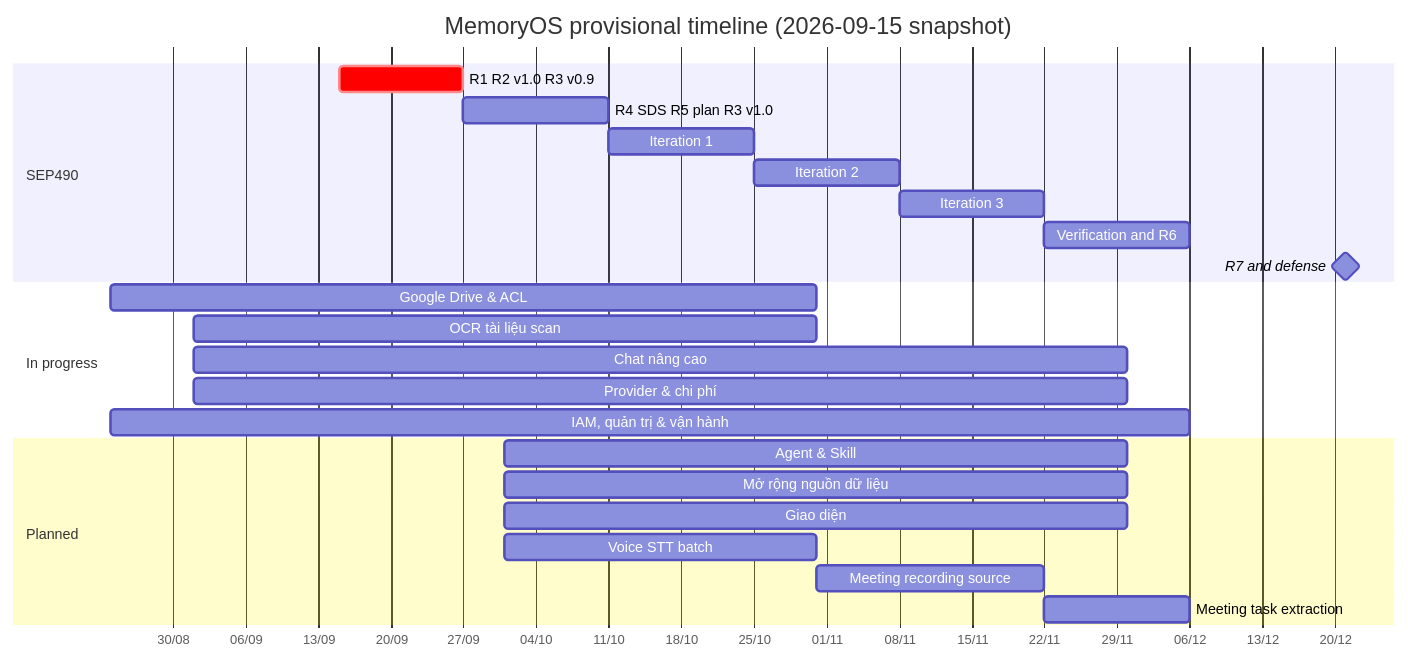
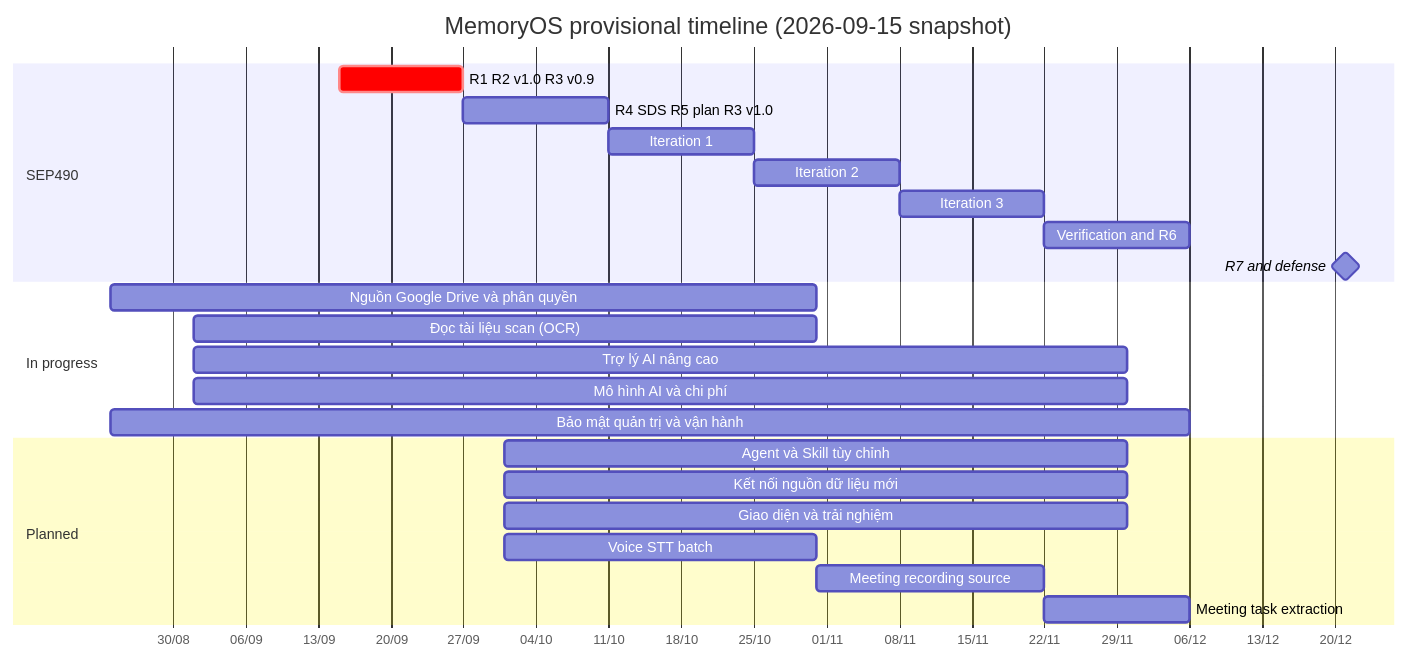
The diagram in docs/roadmap.md (kl3inIT/MemoryOS), drawn with Mermaid before and after one commit. The commit also changed other lines of this file, not shown here.

Commit message:
docs(roadmap): use the renamed Linear project names in the timeline

````diff
--- a/docs/roadmap.md
+++ b/docs/roadmap.md
@@ -113,27 +113,27 @@
 ```mermaid
 gantt
     title MemoryOS provisional timeline (2026-09-15 snapshot)
     dateFormat YYYY-MM-DD
     axisFormat %d/%m
     section SEP490
     R1 R2 v1.0 R3 v0.9            :crit, s1, 2026-09-15, 2026-09-27
     R4 SDS R5 plan R3 v1.0        :s2, after s1, 2026-10-11
     Iteration 1                   :s3, after s2, 2026-10-25
     Iteration 2                   :s4, after s3, 2026-11-08
     Iteration 3                   :s5, after s4, 2026-11-22
     Verification and R6           :s6, after s5, 2026-12-06
     R7 and defense                :milestone, s7, 2026-12-21, 0d
     section In progress
-    Google Drive & ACL            :2026-08-24, 2026-10-31
-    OCR tài liệu scan             :2026-09-01, 2026-10-31
-    Chat nâng cao                 :2026-09-01, 2026-11-30
-    Provider & chi phí            :2026-09-01, 2026-11-30
-    IAM, quản trị & vận hành      :2026-08-24, 2026-12-06
+    Nguồn Google Drive và phân quyền :2026-08-24, 2026-10-31
+    Đọc tài liệu scan (OCR)       :2026-09-01, 2026-10-31
+    Trợ lý AI nâng cao            :2026-09-01, 2026-11-30
+    Mô hình AI và chi phí         :2026-09-01, 2026-11-30
+    Bảo mật quản trị và vận hành  :2026-08-24, 2026-12-06
     section Planned
-    Agent & Skill                 :2026-10-01, 2026-11-30
-    Mở rộng nguồn dữ liệu         :2026-10-01, 2026-11-30
-    Giao diện                     :2026-10-01, 2026-11-30
+    Agent và Skill tùy chỉnh      :2026-10-01, 2026-11-30
+    Kết nối nguồn dữ liệu mới     :2026-10-01, 2026-11-30
+    Giao diện và trải nghiệm      :2026-10-01, 2026-11-30
     Voice STT batch               :v1, 2026-10-01, 2026-10-31
     Meeting recording source      :v2, after v1, 2026-11-22
     Meeting task extraction       :v3, after v2, 2026-12-06
 ```
````
